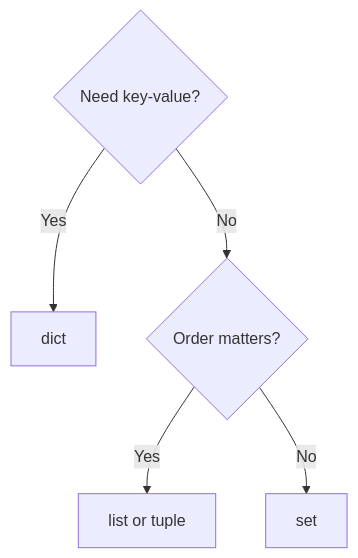
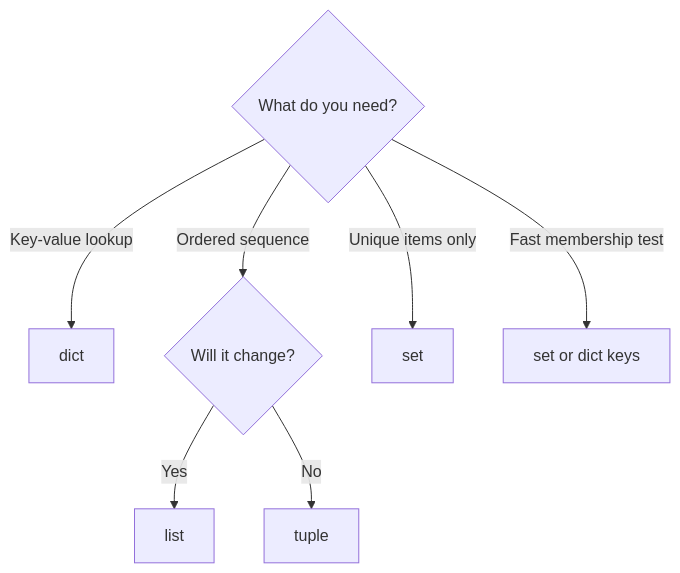
One commit to ritzrmx/Masai_Curriculum changed the fourth of 4 diagrams in IITP_AIML_Regional/IITP-AIMLT-2606/Module 1- Foundations of Data/Session 7- Python Data Structures/pre-read: Python Data Structures.md. Above: the diagram before and after it, drawn with Mermaid. The commit also changed other lines of this file and 38 other files, not shown here.

````diff
--- a/IITP_AIML_Regional/IITP-AIMLT-2606/Module 1- Foundations of Data/Session 7- Python Data Structures/pre-read: Python Data Structures.md
+++ b/IITP_AIML_Regional/IITP-AIMLT-2606/Module 1- Foundations of Data/Session 7- Python Data Structures/pre-read: Python Data Structures.md
@@ -88,8 +418,10 @@
 ```mermaid
 flowchart TD
-    Q{Need key-value?}
-    Q -->|Yes| D[dict]
-    Q -->|No| L{Order matters?}
-    L -->|Yes| LI[list or tuple]
-    L -->|No| S[set]
+    Q{What do you need?}
+    Q -->|Key-value lookup| D[dict]
+    Q -->|Ordered sequence| L{Will it change?}
+    L -->|Yes| LI[list]
+    L -->|No| T[tuple]
+    Q -->|Unique items only| S[set]
+    Q -->|Fast membership test| S2[set or dict keys]
 ```
````
